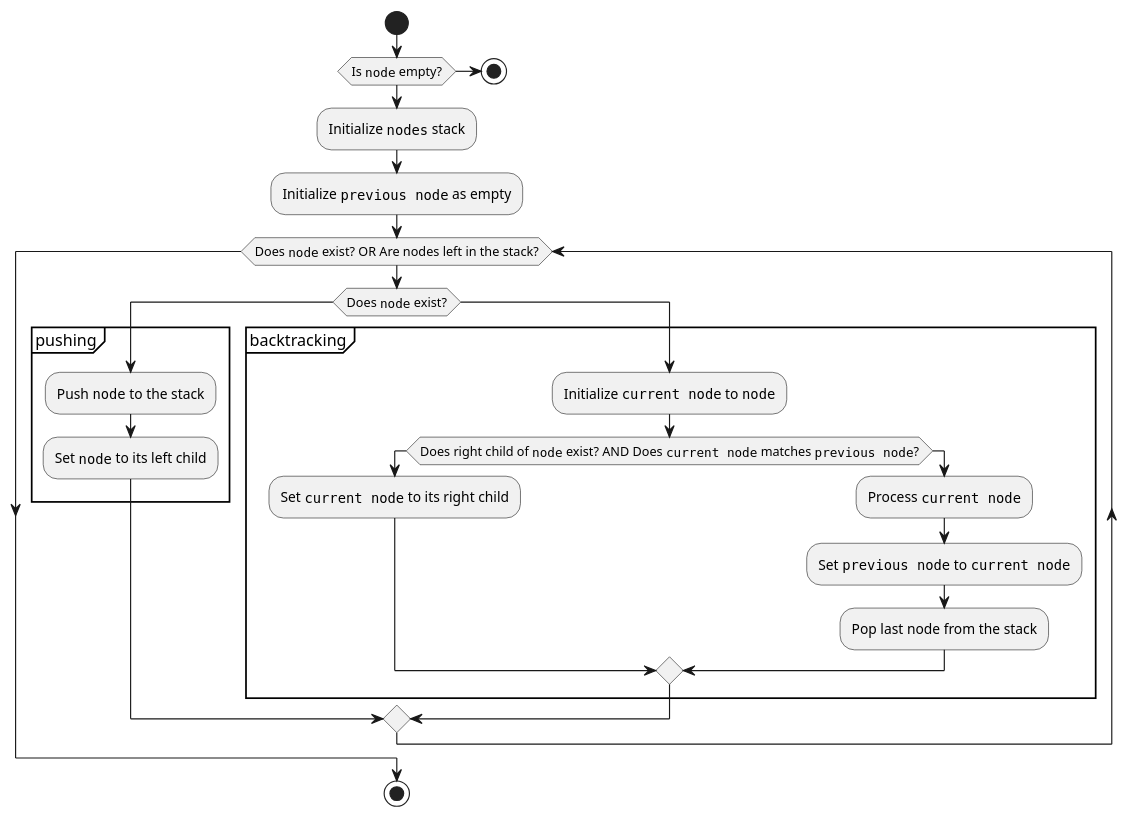
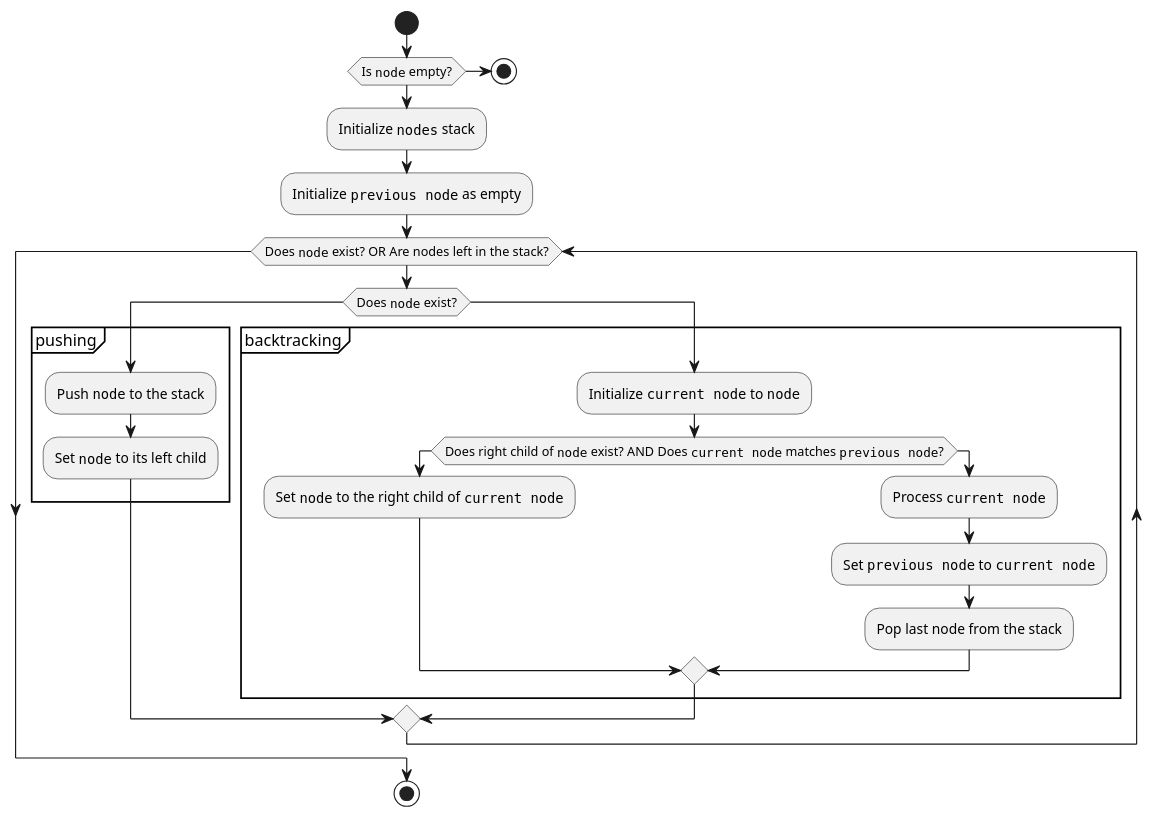
Before and after one commit to kyberdrb/CLionProjects: the diagram in binary_search_tree/bst-postorder_traversal-iterative-singleStack_1.puml, drawn with PlantUML. The commit also changed 1 other file, not shown here.

```diff
--- a/binary_search_tree/bst-postorder_traversal-iterative-singleStack_1.puml
+++ b/binary_search_tree/bst-postorder_traversal-iterative-singleStack_1.puml
@@ -1,32 +1,32 @@
 @startuml
 'https://plantuml.com/activity-diagram-beta
 
 start
 if (Is ""node"" empty?) then
     stop
 else
     :Initialize ""nodes"" stack;
     :Initialize ""previous node"" as empty;
 
 label outerLoop
 while (Does ""node"" exist? OR Are nodes left in the stack?)
     if (Does ""node"" exist?)
         group pushing
         :Push ""node"" to the stack;
         :Set ""node"" to its left child;
         end group
     else
         group backtracking
         :Initialize ""current node"" to ""node"";
         if (Does right child of ""node"" exist? AND Does ""current node"" matches ""previous node""?)
-            :Set ""current node"" to its right child;
+            :Set ""node"" to the right child of ""current node"";
         else
             :Process ""current node"";
             :Set ""previous node"" to ""current node"";
             :Pop last node from the stack;
         end if
         end group
     end if
 end while
 stop
 @enduml
```
